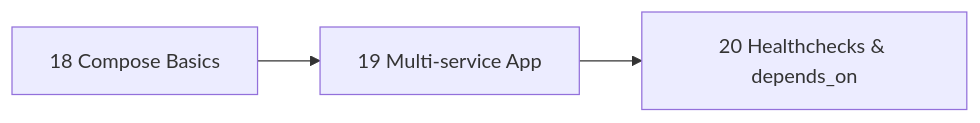
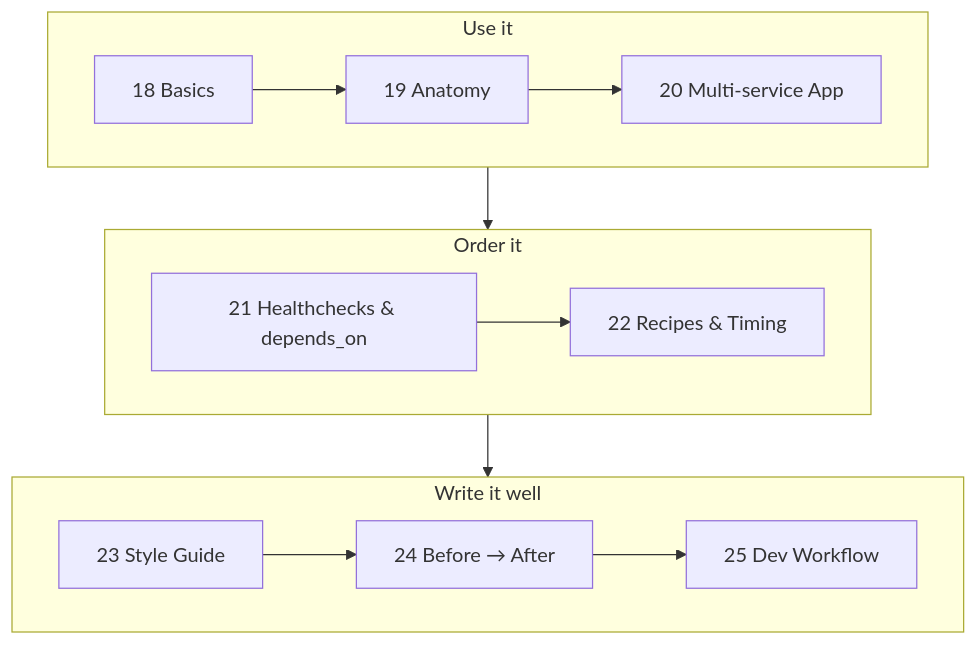
One commit to wesamkhateeb98-creator/docker-zero-to-production changed the diagram in docs/05-compose/README.md. Above: the diagram before and after it, drawn with Mermaid. The commit also changed other lines of this file and 95 other files, not shown here.

First line of the commit message:
Restructure to 8 phases and teach writing Compose files well

````diff
--- a/docs/05-compose/README.md
+++ b/docs/05-compose/README.md
@@ -5,5 +5,16 @@
 ```mermaid
-flowchart LR
-    A["18 Compose Basics"] --> B["19 Multi-service App"]
-    B --> C["20 Healthchecks & depends_on"]
+flowchart TB
+    subgraph U["Use it"]
+        direction LR
+        A["18 Basics"] --> B["19 Anatomy"] --> C["20 Multi-service App"]
+    end
+    subgraph O["Order it"]
+        direction LR
+        D["21 Healthchecks & depends_on"] --> E["22 Recipes & Timing"]
+    end
+    subgraph W["Write it well"]
+        direction LR
+        F["23 Style Guide"] --> G["24 Before → After"] --> H["25 Dev Workflow"]
+    end
+    U --> O --> W
 ```
````
